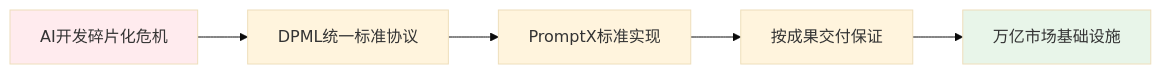
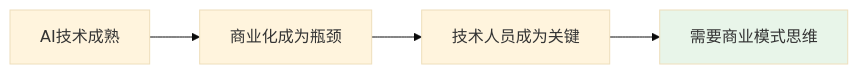
The first of 3 diagrams in README.md (Deepractice/COSE), drawn with Mermaid (base theme) before and after one commit. The commit also changed other lines of this file and 19 other files, not shown here.

````diff
--- a/README.md
+++ b/README.md
@@ -12,10 +15,8 @@
 ```mermaid
 graph LR
-    A[AI开发碎片化危机] --> B[DPML统一标准协议]
-    B --> C[PromptX标准实现]
-    C --> D[按成果交付保证]
-    D --> E[万亿市场基础设施]
+    A[AI技术成熟] --> B[商业化成为瓶颈]
+    B --> C[技术人员成为关键]
+    C --> D[需要商业模式思维]
     
-    style A fill:#ffebee
-    style E fill:#e8f5e9
+    style D fill:#e8f5e9
 ```
````
